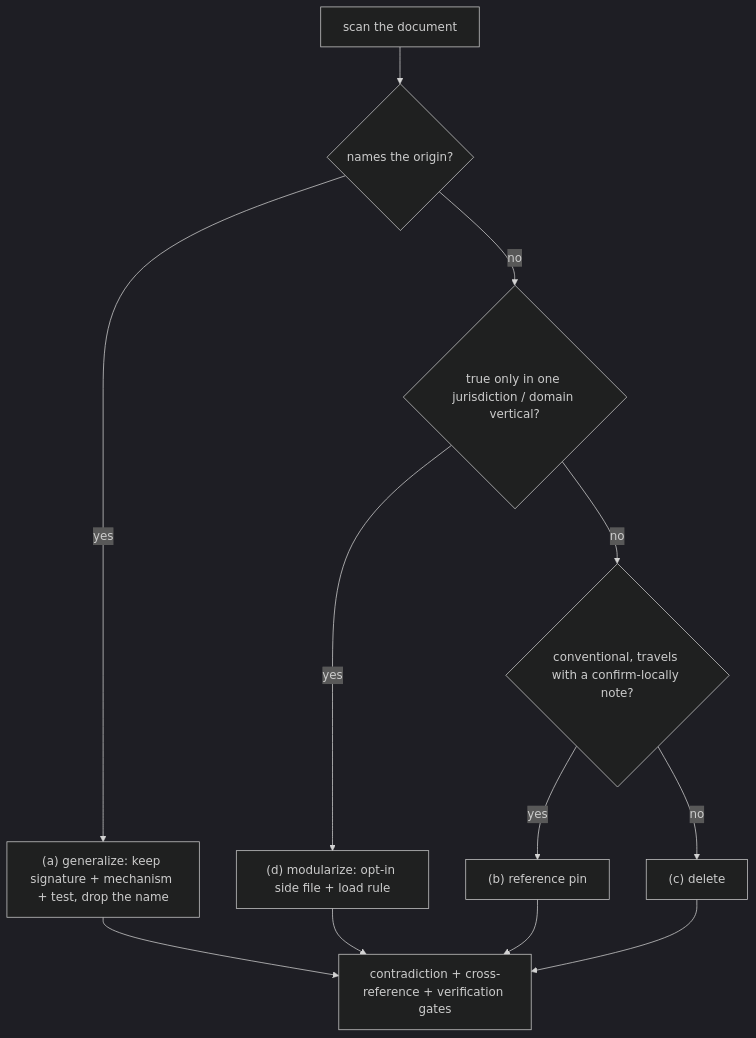
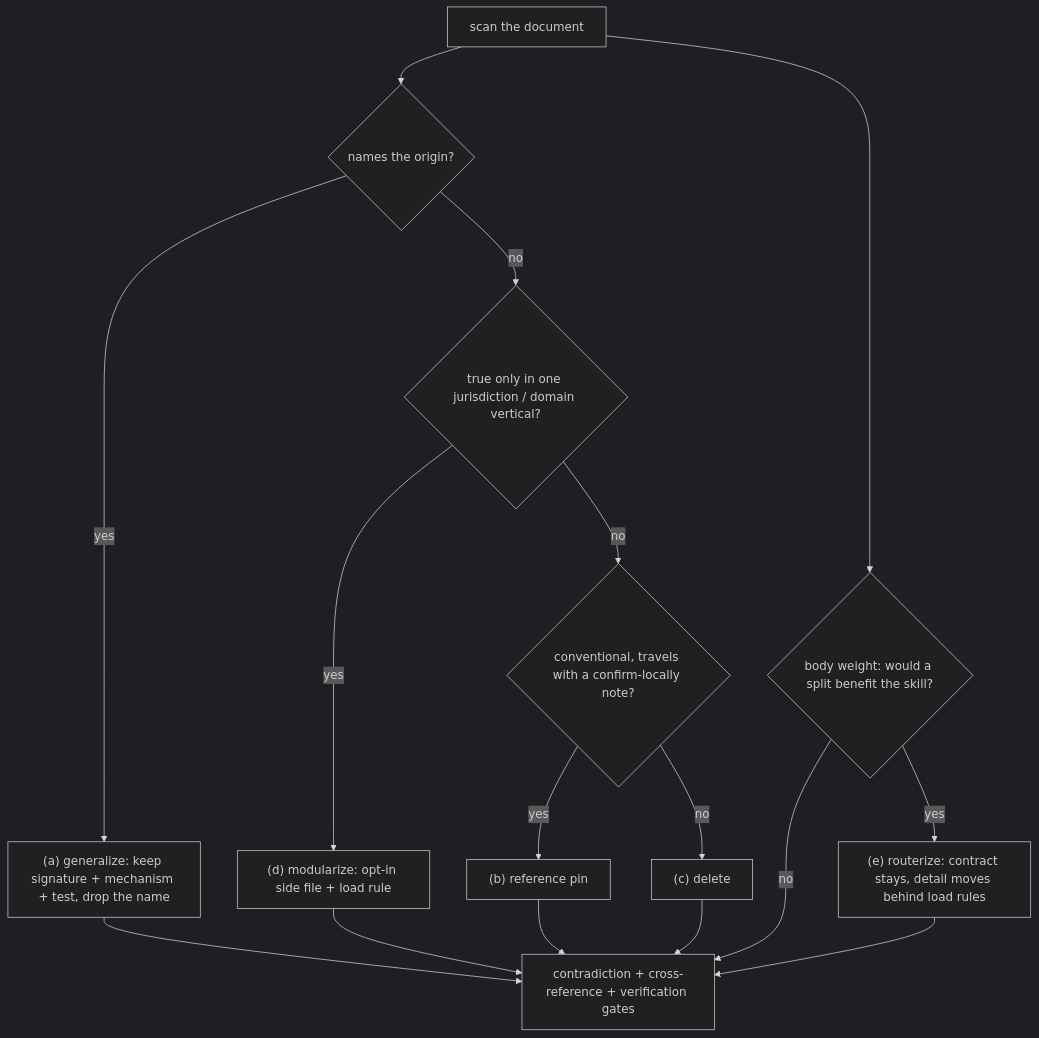
One commit to darellchua2/civiltekk-opencode-claude-skills changed the diagram in skills/skill-generalizer/SKILL.md. Above: the diagram before and after it, drawn with Mermaid (dark theme). The commit also changed other lines of this file and 3 other files, not shown here.

First line of the commit message:
feat(skills): teach skill-generalizer the load-weight audit + 50-word description (#605) (#606)

````diff
--- a/skills/skill-generalizer/SKILL.md
+++ b/skills/skill-generalizer/SKILL.md
@@ -30,14 +38,18 @@
 ```mermaid
 flowchart TD
     S["scan the document"] --> Q1{"names the origin?"}
     Q1 -- yes --> A["(a) generalize: keep signature + mechanism + test, drop the name"]
     Q1 -- no --> Q2{"true only in one jurisdiction / domain vertical?"}
     Q2 -- yes --> D["(d) modularize: opt-in side file + load rule"]
     Q2 -- no --> Q3{"conventional, travels with a confirm-locally note?"}
     Q3 -- yes --> B["(b) reference pin"]
     Q3 -- no --> C["(c) delete"]
     A --> V["contradiction + cross-reference + verification gates"]
     D --> V
     B --> V
     C --> V
+    S --> W{"body weight: would a split benefit the skill?"}
+    W -- yes --> E["(e) routerize: contract stays, detail moves behind load rules"]
+    W -- no --> V
+    E --> V
 ```
````
